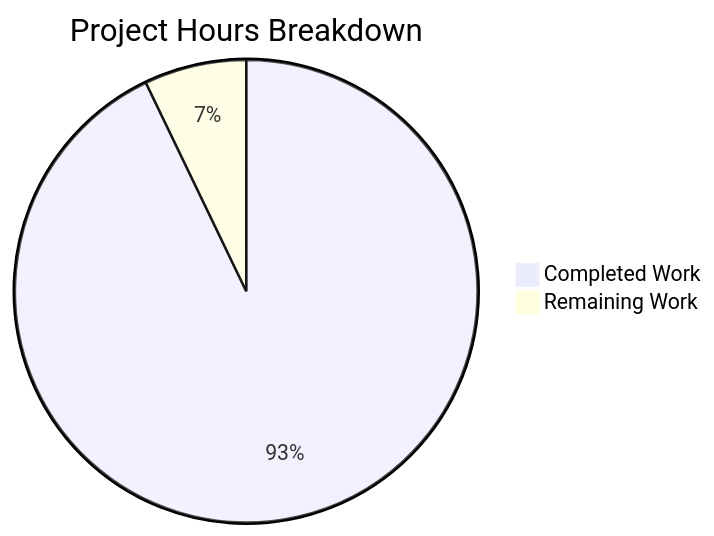
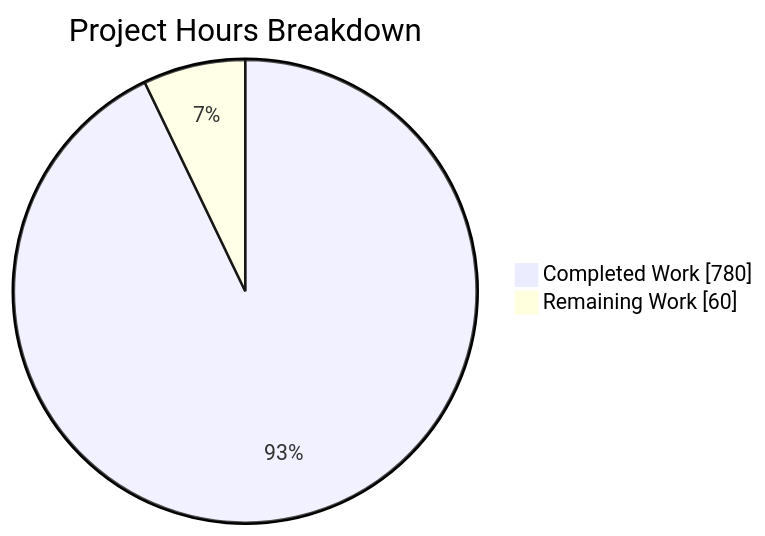
One commit to Blitzy-Sandbox/blitzy-WebVella-ERP changed the second of 4 diagrams in blitzy/documentation/Project Guide.md. Above: the diagram before and after it, drawn with Mermaid. The commit also changed other lines of this file, not shown here.

Commit message:
Adding Blitzy Project Guide: Project Status and Human Tasks Remaining

````diff
--- a/blitzy/documentation/Project Guide.md
+++ b/blitzy/documentation/Project Guide.md
@@ -273,5 +280,5 @@
 ```mermaid
-pie title Project Hours Breakdown
+pie showData title Project Hours Breakdown
     "Completed Work" : 780
     "Remaining Work" : 60
 ```
````
